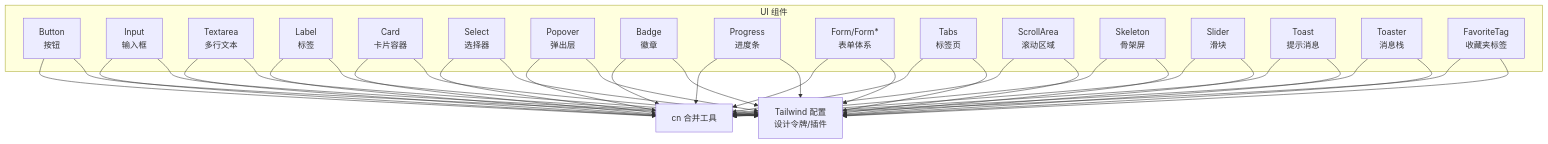
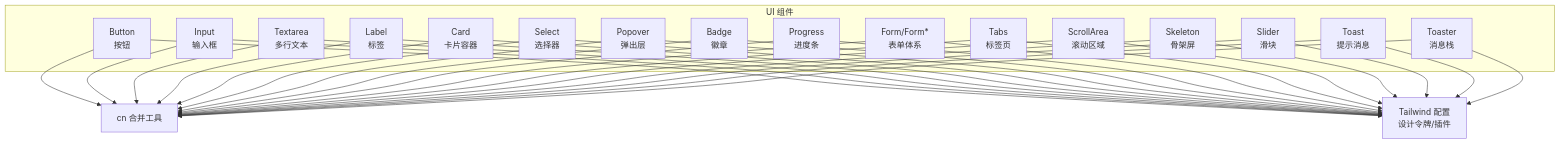
One commit to RadiumAg/bilibili-favorites changed the first of 6 diagrams in .qoder/repowiki/zh/content/UI组件系统/UI组件系统.md. Above: the diagram before and after it, drawn with Mermaid. The commit also changed other lines of this file and 17 other files, not shown here.

````diff
--- a/.qoder/repowiki/zh/content/UI组件系统/UI组件系统.md
+++ b/.qoder/repowiki/zh/content/UI组件系统/UI组件系统.md
@@ -83,58 +59,55 @@
 ```mermaid
 graph TB
 subgraph "UI 组件"
 Btn["Button<br/>按钮"]
 Inp["Input<br/>输入框"]
 Txt["Textarea<br/>多行文本"]
 Lbl["Label<br/>标签"]
 Card["Card<br/>卡片容器"]
 Sel["Select<br/>选择器"]
 Pop["Popover<br/>弹出层"]
 Bad["Badge<br/>徽章"]
 Prog["Progress<br/>进度条"]
 Form["Form/Form*<br/>表单体系"]
 Tabs["Tabs<br/>标签页"]
 Scroll["ScrollArea<br/>滚动区域"]
 Skin["Skeleton<br/>骨架屏"]
 Slider["Slider<br/>滑块"]
 Toast["Toast<br/>提示消息"]
 Toaster["Toaster<br/>消息栈"]
-FTag["FavoriteTag<br/>收藏夹标签"]
 end
 Utils["cn 合并工具"]
 TW["Tailwind 配置<br/>设计令牌/插件"]
 Btn --> Utils
 Inp --> Utils
 Txt --> Utils
 Lbl --> Utils
 Card --> Utils
 Sel --> Utils
 Pop --> Utils
 Bad --> Utils
 Prog --> Utils
 Form --> Utils
 Tabs --> Utils
 Scroll --> Utils
 Skin --> Utils
 Slider --> Utils
 Toast --> Utils
 Toaster --> Utils
-FTag --> Utils
-FTag --> TW
 Btn --> TW
 Inp --> TW
 Txt --> TW
 Lbl --> TW
 Card --> TW
 Sel --> TW
 Pop --> TW
 Bad --> TW
 Prog --> TW
 Form --> TW
 Tabs --> TW
 Scroll --> TW
 Skin --> TW
 Slider --> TW
 Toast --> TW
 Toaster --> TW
 ```
````
